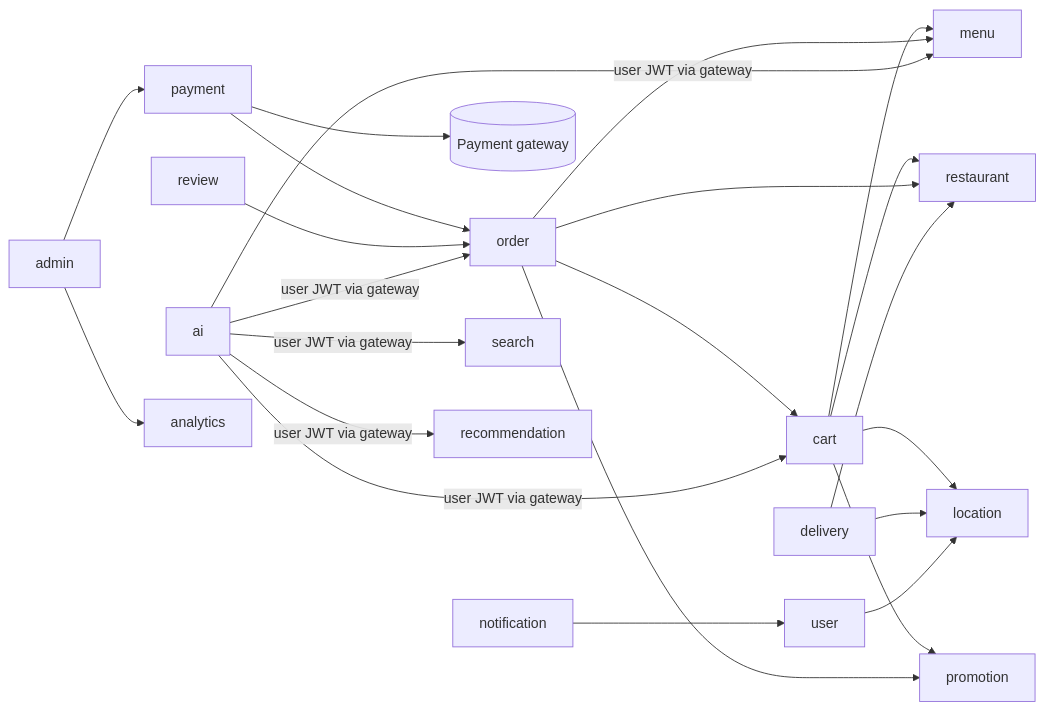
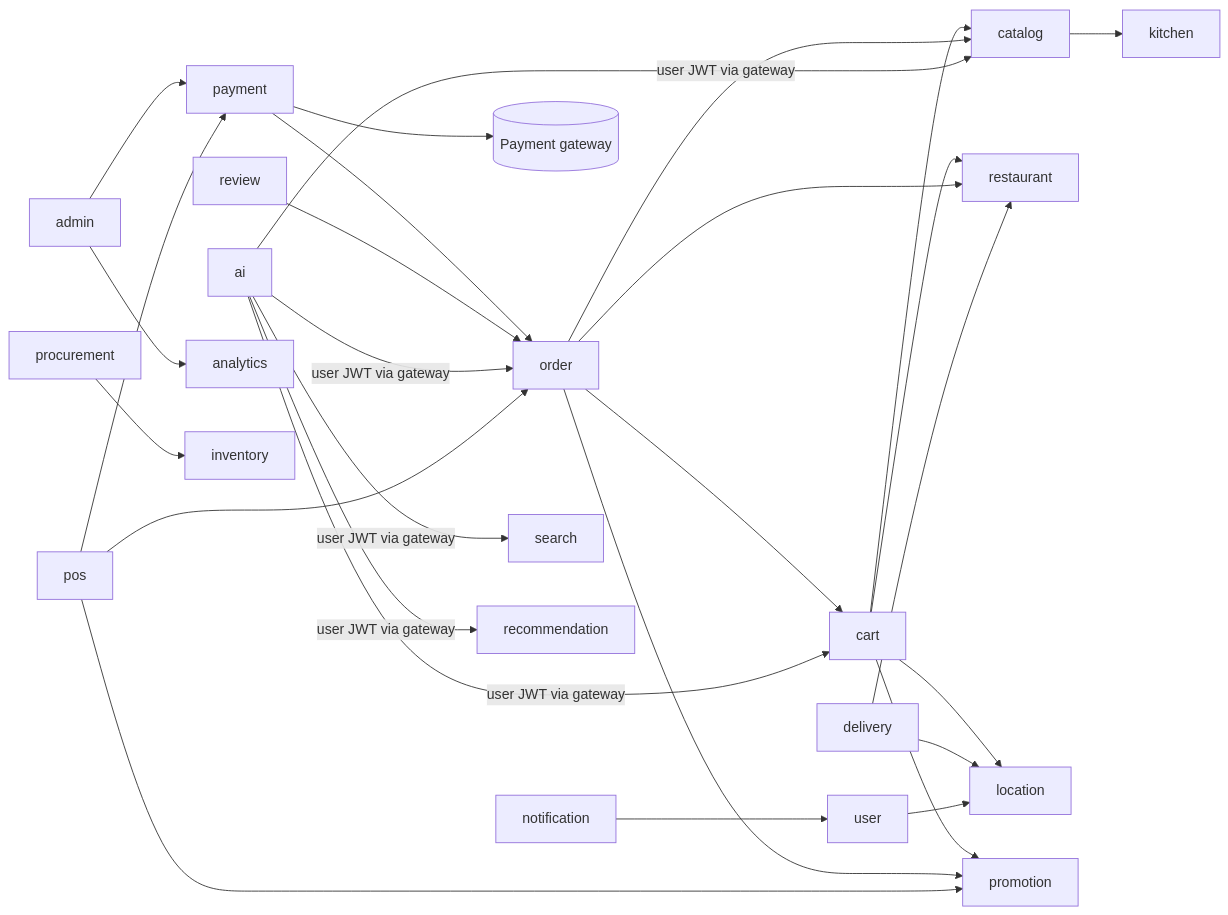
The diagram in docs/05-microservices.md (vipultikhe234/Food_Delivery_System), drawn with Mermaid before and after one commit. The commit also changed other lines of this file and 22 other files, not shown here.

First line of the commit message:
docs(architecture): approve restaurant OS design and update baseline docs

````diff
--- a/docs/05-microservices.md
+++ b/docs/05-microservices.md
@@ -383,21 +420,26 @@
 ```mermaid
 graph LR
-    CART[cart] --> MENU[menu]
+    CART[cart] --> MENU[catalog]
     CART --> REST[restaurant]
     CART --> LOC[location]
     CART --> PROMO[promotion]
     ORDER[order] --> CART
     ORDER --> PROMO
     ORDER --> MENU
     ORDER --> REST
     PAY[payment] --> ORDER
     PAY --> PGW[(Payment gateway)]
     DEL[delivery] --> LOC
     DEL --> REST
     REVIEW[review] --> ORDER
     NOTIF[notification] --> USER[user]
     USER --> LOC
     AI[ai] -->|user JWT via gateway| SEARCH[search] & MENU & REC[recommendation] & CART & ORDER
     ADMIN[admin] --> PAY
     ADMIN --> ANALYTICS[analytics]
+    POS[pos] --> ORDER
+    POS --> PAY
+    POS --> PROMO
+    PROC[procurement] --> INV[inventory]
+    MENU --> KIT[kitchen]
 ```
````
